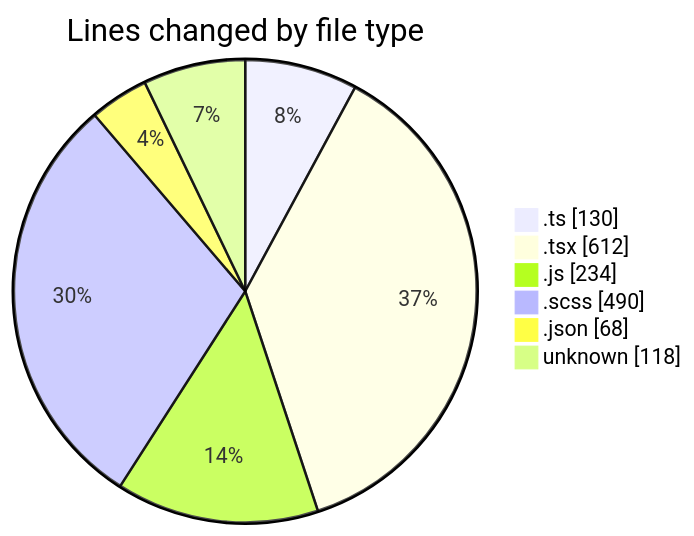
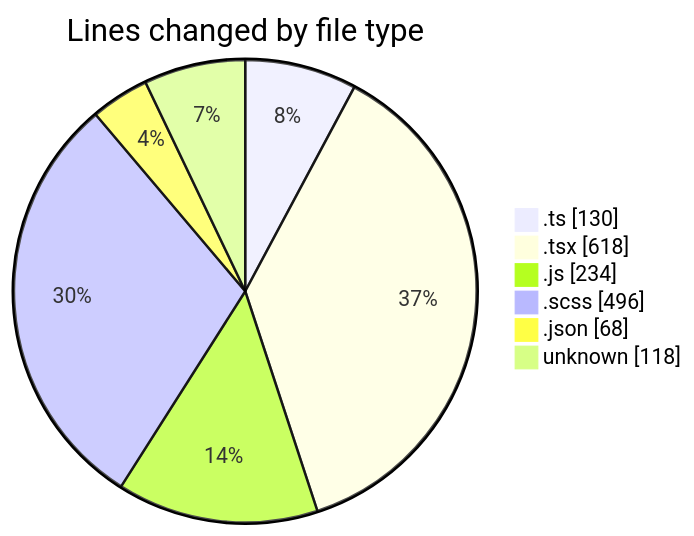
One commit to momahboobian/code-tracking changed the first of 2 diagrams in 2026-05-08/cda/README.md. Above: the diagram before and after it, drawn with Mermaid. The commit also changed other lines of this file and 1 other file, not shown here.

````diff
--- a/2026-05-08/cda/README.md
+++ b/2026-05-08/cda/README.md
@@ -38,10 +38,10 @@
 ```mermaid
 pie showData
 title Lines changed by file type
 ".ts" : 130
-".tsx" : 612
+".tsx" : 618
 ".js" : 234
-".scss" : 490
+".scss" : 496
 ".json" : 68
 "unknown" : 118
 ```
````
